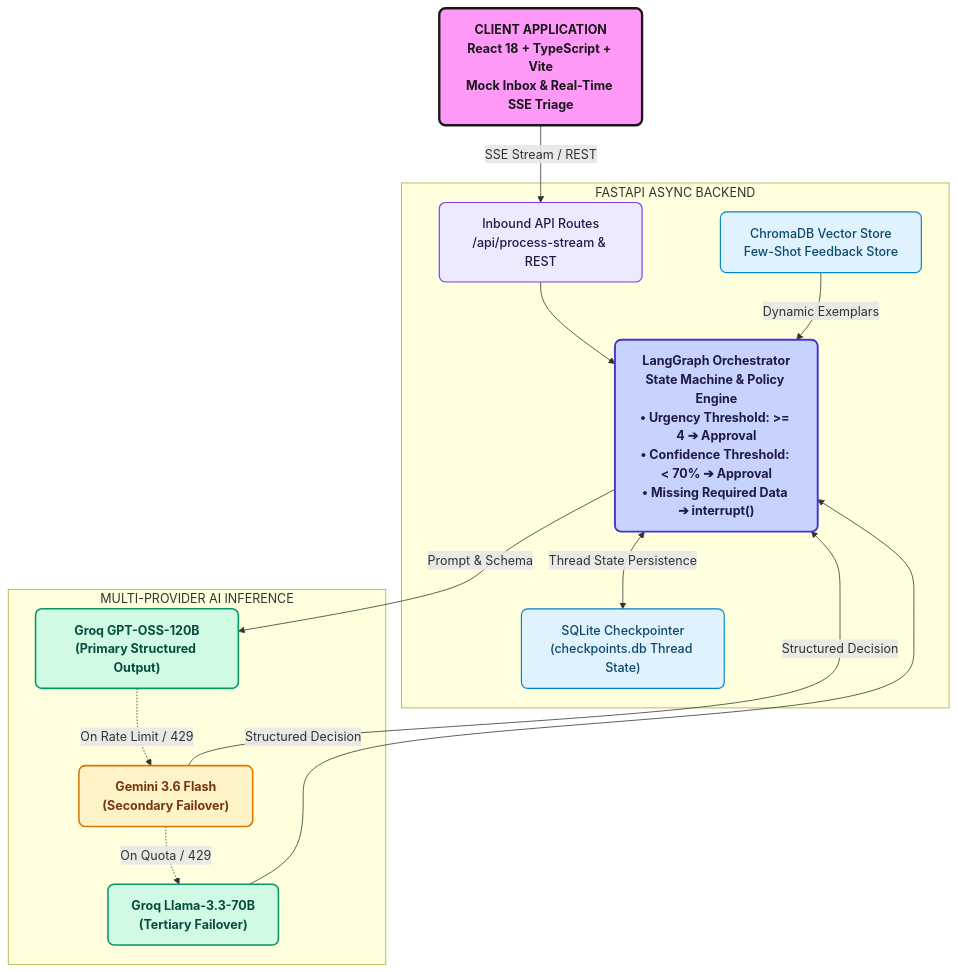
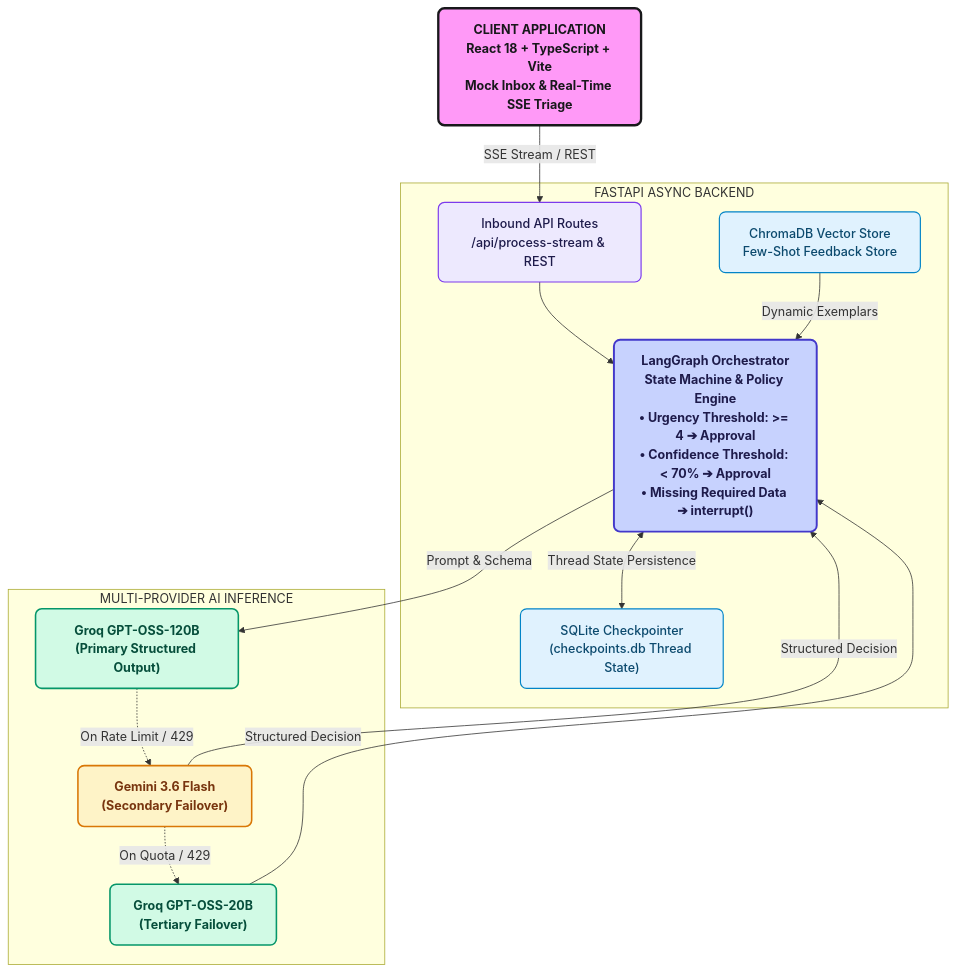
Before and after one commit to sharan1918/Notion-Press-POC: the first of 2 diagrams in docs/SYSTEM_DESIGN.md, drawn with Mermaid. The commit also changed other lines of this file and 7 other files, not shown here.

Commit message:
fix(llm): make embedding model true singleton and set tested gpt-oss-20b tertiary fallback

````diff
--- a/docs/SYSTEM_DESIGN.md
+++ b/docs/SYSTEM_DESIGN.md
@@ -25,34 +25,34 @@
 ```mermaid
 flowchart TD
     classDef clientBox fill:#ff99f7,stroke:#18181b,stroke-width:3px,color:#18181b,font-weight:bold,rx:8px,ry:8px;
     classDef gatewayBox fill:#ede9fe,stroke:#7c3aed,stroke-width:1.5px,color:#1e1b4b,font-weight:500,rx:8px,ry:8px;
     classDef graphBox fill:#c7d2fe,stroke:#4338ca,stroke-width:2.5px,color:#1e1b4b,font-weight:bold,rx:8px,ry:8px;
     classDef memoryBox fill:#e0f2fe,stroke:#0284c7,stroke-width:1.5px,color:#0c4a6e,font-weight:500,rx:8px,ry:8px;
     classDef llmBox fill:#d1fae5,stroke:#059669,stroke-width:2px,color:#064e3b,font-weight:bold,rx:8px,ry:8px;
     classDef failoverBox fill:#fef3c7,stroke:#d97706,stroke-width:2px,color:#78350f,font-weight:bold,rx:8px,ry:8px;
 
     CLIENT["<b>CLIENT APPLICATION</b><br/>React 18 + TypeScript + Vite<br/>Mock Inbox & Real-Time SSE Triage"]:::clientBox
 
     subgraph BACKEND ["FASTAPI ASYNC BACKEND"]
         ROUTES["Inbound API Routes<br/>/api/process-stream & REST"]:::gatewayBox
         GRAPH["LangGraph Orchestrator<br/>State Machine & Policy Engine<br/>• Urgency Threshold: &gt;= 4 ➔ Approval<br/>• Confidence Threshold: &lt; 70% ➔ Approval<br/>• Missing Required Data ➔ interrupt()"]:::graphBox
         CHECKPOINT["SQLite Checkpointer<br/>(checkpoints.db Thread State)"]:::memoryBox
         FEEDBACK["ChromaDB Vector Store<br/>Few-Shot Feedback Store"]:::memoryBox
     end
 
     subgraph LLM_TIER ["MULTI-PROVIDER AI INFERENCE"]
         PRIMARY["Groq GPT-OSS-120B<br/>(Primary Structured Output)"]:::llmBox
         FAILOVER["Gemini 3.6 Flash<br/>(Secondary Failover)"]:::failoverBox
-        TERTIARY["Groq Llama-3.3-70B<br/>(Tertiary Failover)"]:::llmBox
+        TERTIARY["Groq GPT-OSS-20B<br/>(Tertiary Failover)"]:::llmBox
     end
 
     CLIENT -->|SSE Stream / REST| ROUTES
     ROUTES --> GRAPH
     GRAPH <-->|Thread State Persistence| CHECKPOINT
     FEEDBACK -->|Dynamic Exemplars| GRAPH
     GRAPH -->|Prompt & Schema| PRIMARY
     PRIMARY -.->|On Rate Limit / 429| FAILOVER
     FAILOVER -.->|On Quota / 429| TERTIARY
     TERTIARY -->|Structured Decision| GRAPH
     FAILOVER -->|Structured Decision| GRAPH
 ```
````
